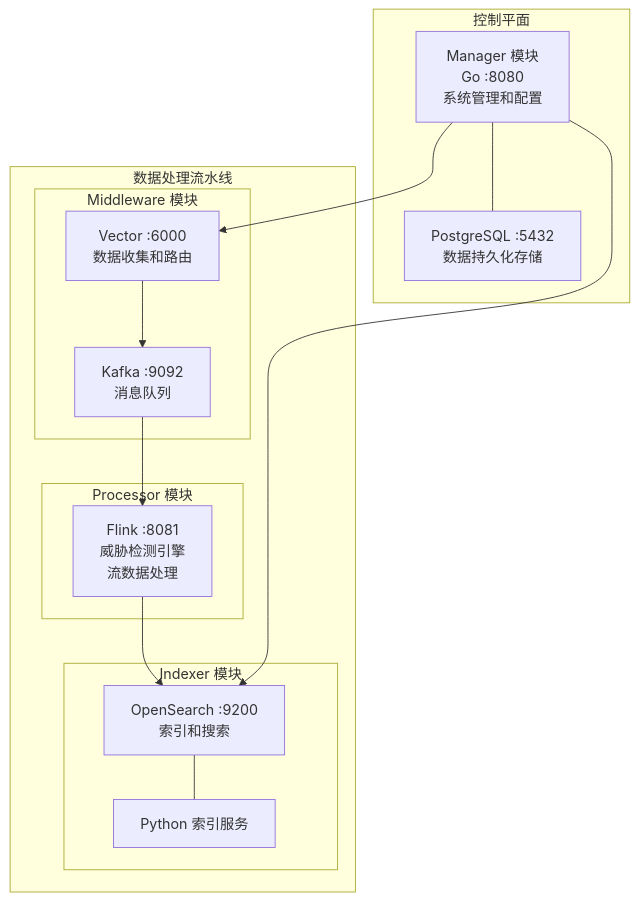
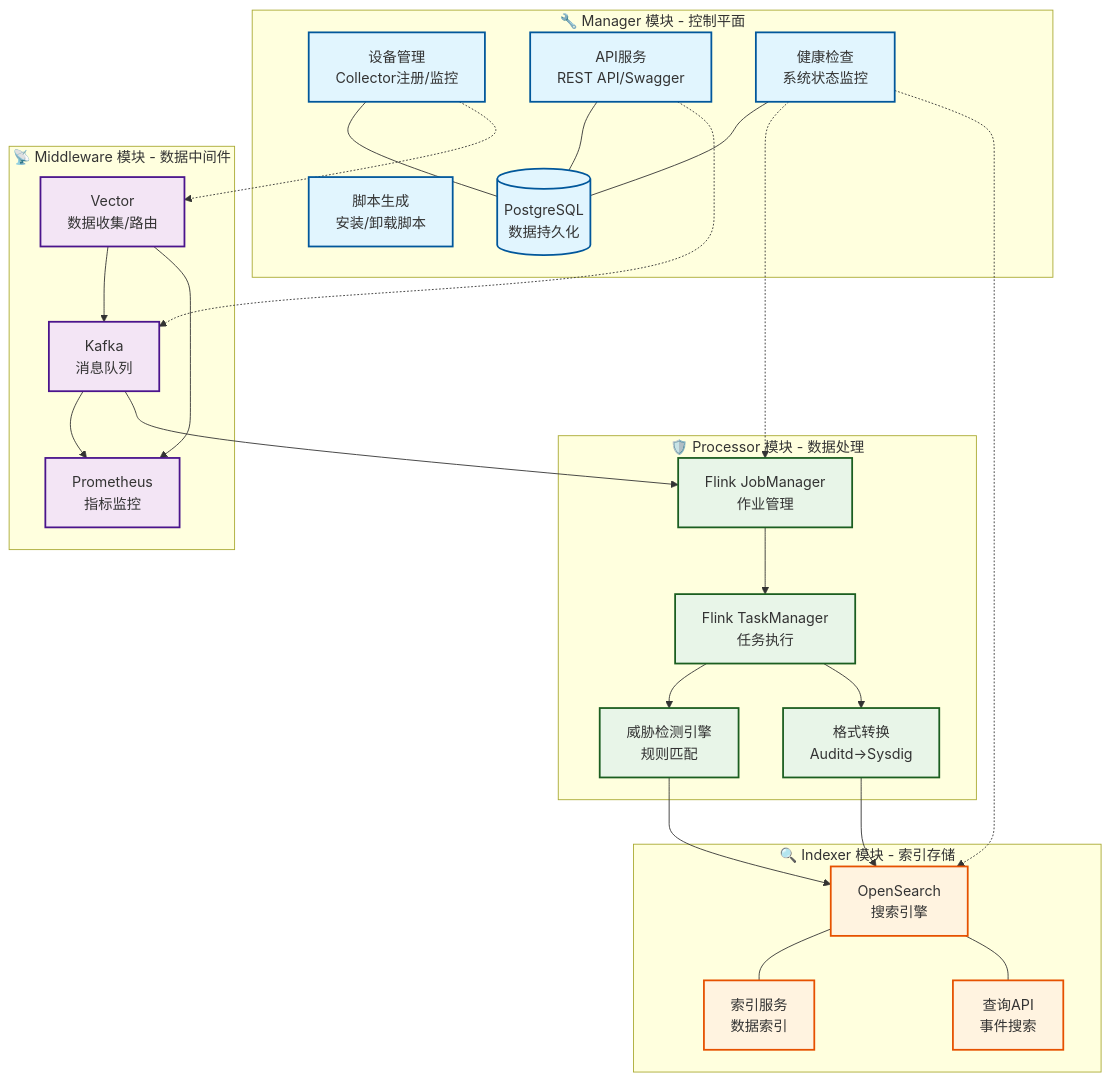
Before and after one commit to PKU-ASAL/SystemX: the first of 2 diagrams in README.md, drawn with Mermaid. The commit also changed other lines of this file, not shown here.

````diff
--- a/README.md
+++ b/README.md
@@ -13,31 +12,60 @@
 ```mermaid
 graph TB
-    subgraph "控制平面"
-        Manager["Manager 模块<br/>Go :8080<br/>系统管理和配置"]
-        PostgreSQL["PostgreSQL :5432<br/>数据持久化存储"]
-        Manager --- PostgreSQL
+    subgraph "🔧 Manager 模块 - 控制平面"
+        M1[设备管理<br/>Collector注册/监控]
+        M2[API服务<br/>REST API/Swagger]
+        M3[健康检查<br/>系统状态监控]
+        M4[脚本生成<br/>安装/卸载脚本]
+        M5[(PostgreSQL<br/>数据持久化)]
+        M1 --- M5
+        M2 --- M5
+        M3 --- M5
     end
     
-    subgraph "数据处理流水线"
-        subgraph "Middleware 模块"
-            Vector["Vector :6000<br/>数据收集和路由"]
-            Kafka["Kafka :9092<br/>消息队列"]
-            Vector --> Kafka
-        end
-        
-        subgraph "Processor 模块"
-            Flink["Flink :8081<br/>威胁检测引擎<br/>流数据处理"]
-        end
-        
-        subgraph "Indexer 模块"
-            OpenSearch["OpenSearch :9200<br/>索引和搜索"]
-            IndexerService["Python 索引服务"]
-            OpenSearch --- IndexerService
-        end
+    subgraph "📡 Middleware 模块 - 数据中间件"
+        MW1[Vector<br/>数据收集/路由]
+        MW2[Kafka<br/>消息队列]
+        MW3[Prometheus<br/>指标监控]
+        MW1 --> MW2
+        MW1 --> MW3
+        MW2 --> MW3
     end
     
-    Manager --> Vector
-    Kafka --> Flink
-    Flink --> OpenSearch
-    Manager --> OpenSearch
+    subgraph "🛡️ Processor 模块 - 数据处理"
+        P1[Flink JobManager<br/>作业管理]
+        P2[Flink TaskManager<br/>任务执行]
+        P3[威胁检测引擎<br/>规则匹配]
+        P4[格式转换<br/>Auditd→Sysdig]
+        P1 --> P2
+        P2 --> P3
+        P2 --> P4
+    end
+    
+    subgraph "🔍 Indexer 模块 - 索引存储"
+        I1[OpenSearch<br/>搜索引擎]
+        I2[索引服务<br/>数据索引]
+        I3[查询API<br/>事件搜索]
+        I1 --- I2
+        I1 --- I3
+    end
+    
+    %% 模块间连接
+    M1 -.-> MW1
+    M2 -.-> MW2
+    M3 -.-> P1
+    M3 -.-> I1
+    MW2 --> P1
+    P3 --> I1
+    P4 --> I1
+    
+    %% 样式
+    classDef managerStyle fill:#e1f5fe,stroke:#01579b,stroke-width:2px
+    classDef middlewareStyle fill:#f3e5f5,stroke:#4a148c,stroke-width:2px
+    classDef processorStyle fill:#e8f5e8,stroke:#1b5e20,stroke-width:2px
+    classDef indexerStyle fill:#fff3e0,stroke:#e65100,stroke-width:2px
+    
+    class M1,M2,M3,M4,M5 managerStyle
+    class MW1,MW2,MW3 middlewareStyle
+    class P1,P2,P3,P4 processorStyle
+    class I1,I2,I3 indexerStyle
 ```
````
